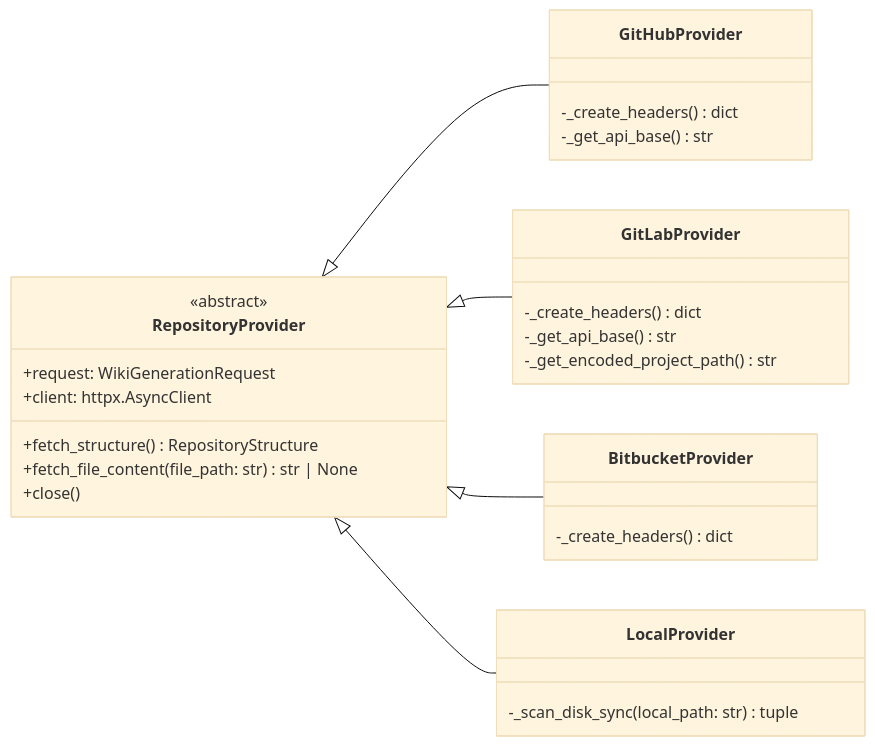
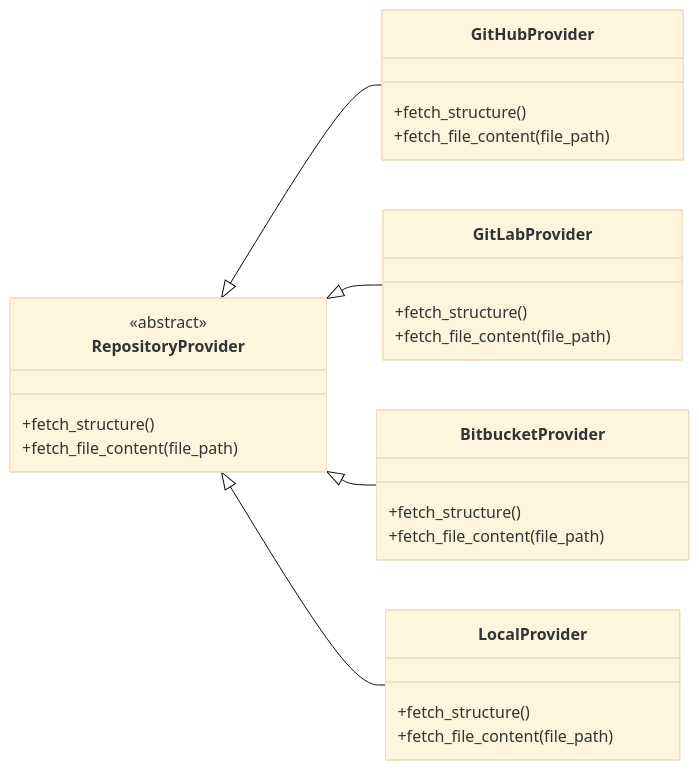
Before and after one commit to catuscio/wiki-as-readme: the fifth of 23 diagrams in examples/wiki_as_README.md, drawn with Mermaid (base theme). The commit also changed other lines of this file, not shown here.

Commit message:
✨📚 Update examples/wiki_as_README.md via Wiki-As-Readme Action (ko)

````diff
--- a/examples/wiki_as_README.md
+++ b/examples/wiki_as_README.md
@@ -436,33 +539,30 @@
 ```mermaid
 classDiagram
     direction LR
     class RepositoryProvider {
         <<abstract>>
-        +request: WikiGenerationRequest
-        +client: httpx.AsyncClient
-        +fetch_structure() RepositoryStructure
-        +fetch_file_content(file_path: str) str | None
-        +close()
+        +fetch_structure()
+        +fetch_file_content(file_path)
     }
-
     class GitHubProvider {
-        -_create_headers() dict
-        -_get_api_base() str
+        +fetch_structure()
+        +fetch_file_content(file_path)
     }
     class GitLabProvider {
-        -_create_headers() dict
-        -_get_api_base() str
-        -_get_encoded_project_path() str
+        +fetch_structure()
+        +fetch_file_content(file_path)
     }
     class BitbucketProvider {
-        -_create_headers() dict
+        +fetch_structure()
+        +fetch_file_content(file_path)
     }
     class LocalProvider {
-        -_scan_disk_sync(local_path: str) tuple
+        +fetch_structure()
+        +fetch_file_content(file_path)
     }
 
     RepositoryProvider <|-- GitHubProvider
     RepositoryProvider <|-- GitLabProvider
     RepositoryProvider <|-- BitbucketProvider
     RepositoryProvider <|-- LocalProvider
 ```
````
